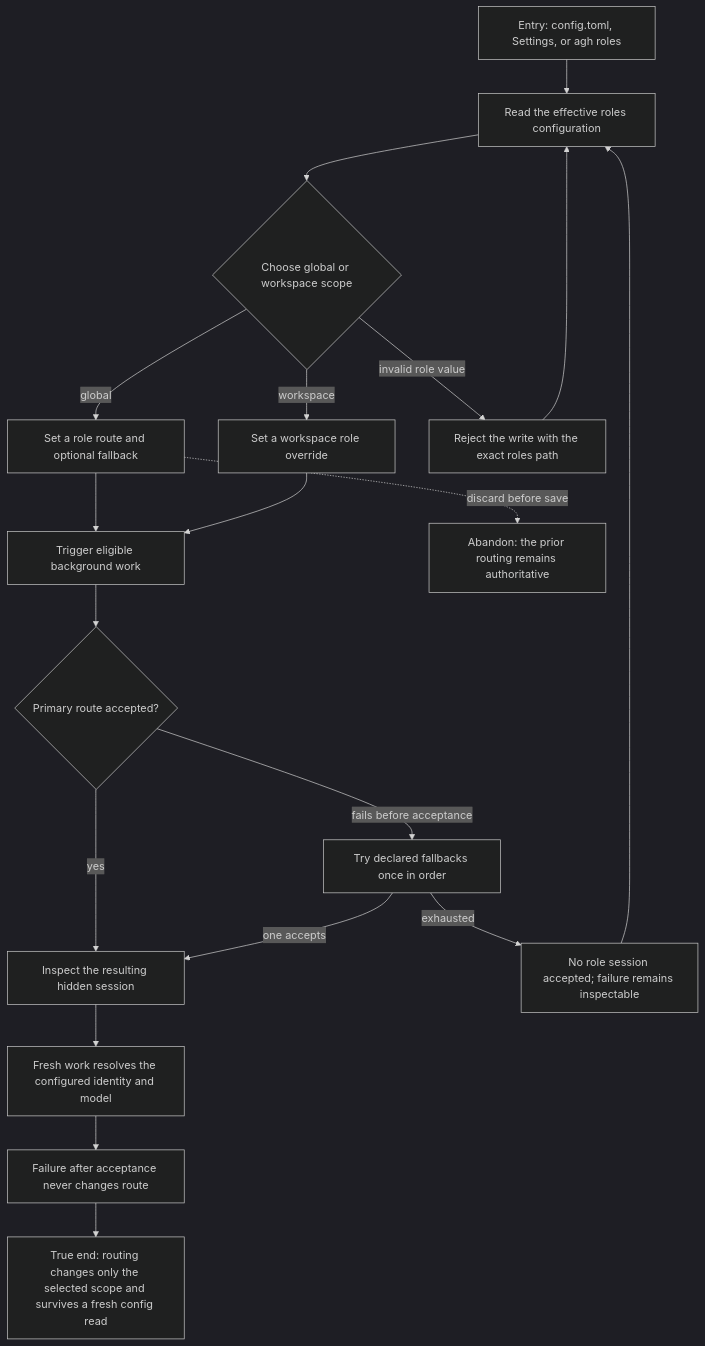
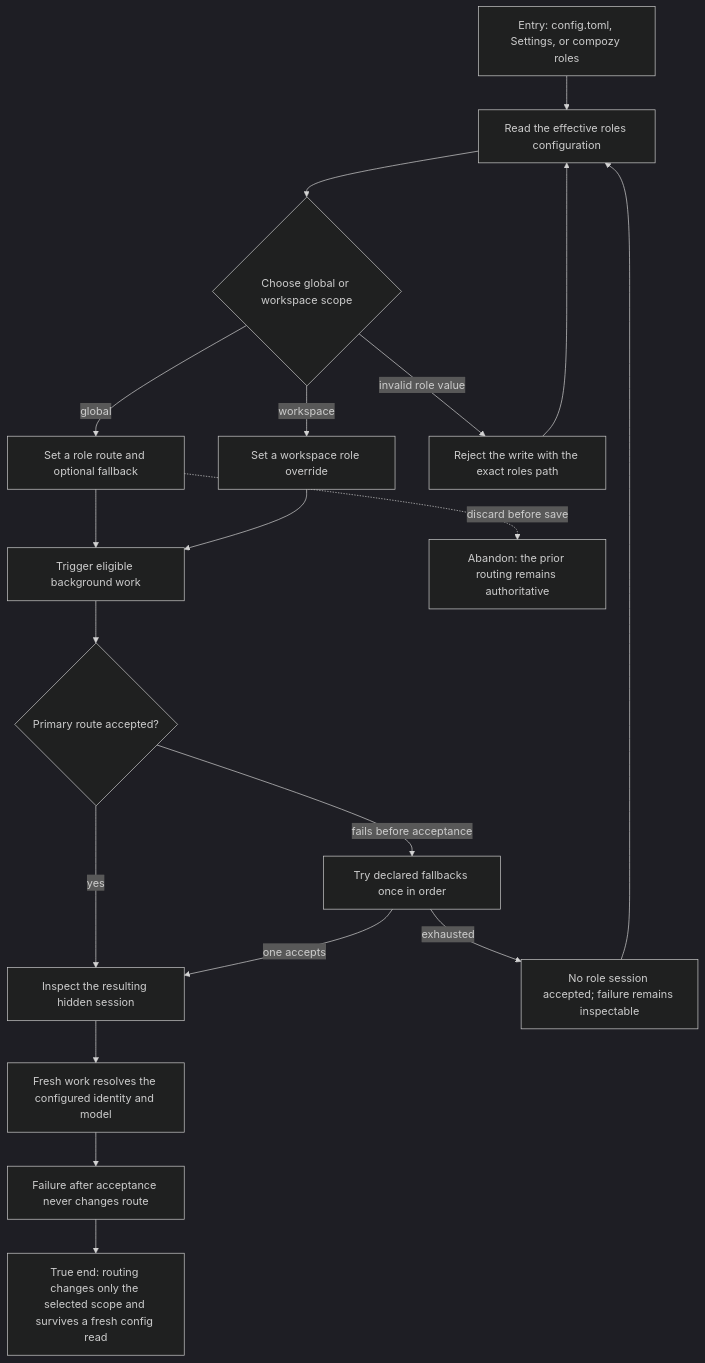
Before and after one commit to compozy/compozy: the diagram in docs/qa/journeys/J-route-background-work.md, drawn with Mermaid (dark theme). The commit also changed other lines of this file and 831 other files, not shown here.

````diff
--- a/docs/qa/journeys/J-route-background-work.md
+++ b/docs/qa/journeys/J-route-background-work.md
@@ -5,21 +5,21 @@
 ```mermaid
 flowchart TD
-    A[Entry: config.toml, Settings, or agh roles] --> B[Read the effective roles configuration]
+    A[Entry: config.toml, Settings, or compozy roles] --> B[Read the effective roles configuration]
     B --> C{Choose global or workspace scope}
     C -->|global| D[Set a role route and optional fallback]
     C -->|workspace| E[Set a workspace role override]
     D --> F[Trigger eligible background work]
     E --> F
     F --> G{Primary route accepted?}
     G -->|yes| H[Inspect the resulting hidden session]
     G -->|fails before acceptance| FB[Try declared fallbacks once in order]
     FB -->|one accepts| H
     FB -->|exhausted| R2[No role session accepted; failure remains inspectable]
     H --> H2[Fresh work resolves the configured identity and model]
     H2 --> NF[Failure after acceptance never changes route]
     NF --> I[True end: routing changes only the selected scope and survives a fresh config read]
     C -->|invalid role value| R[Reject the write with the exact roles path]
     R --> B
     R2 --> B
     D -.->|discard before save| X[Abandon: the prior routing remains authoritative]
 ```
````
